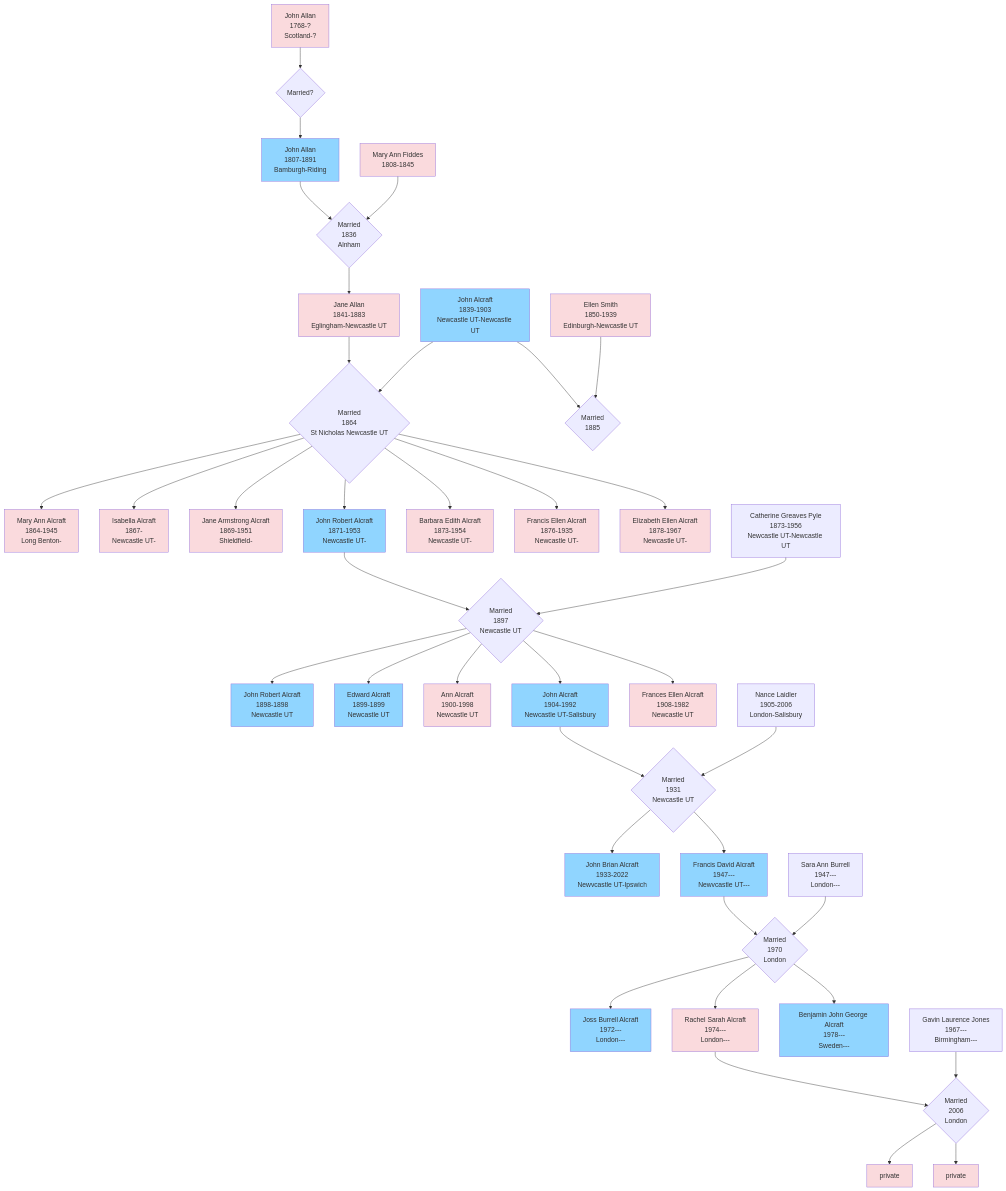
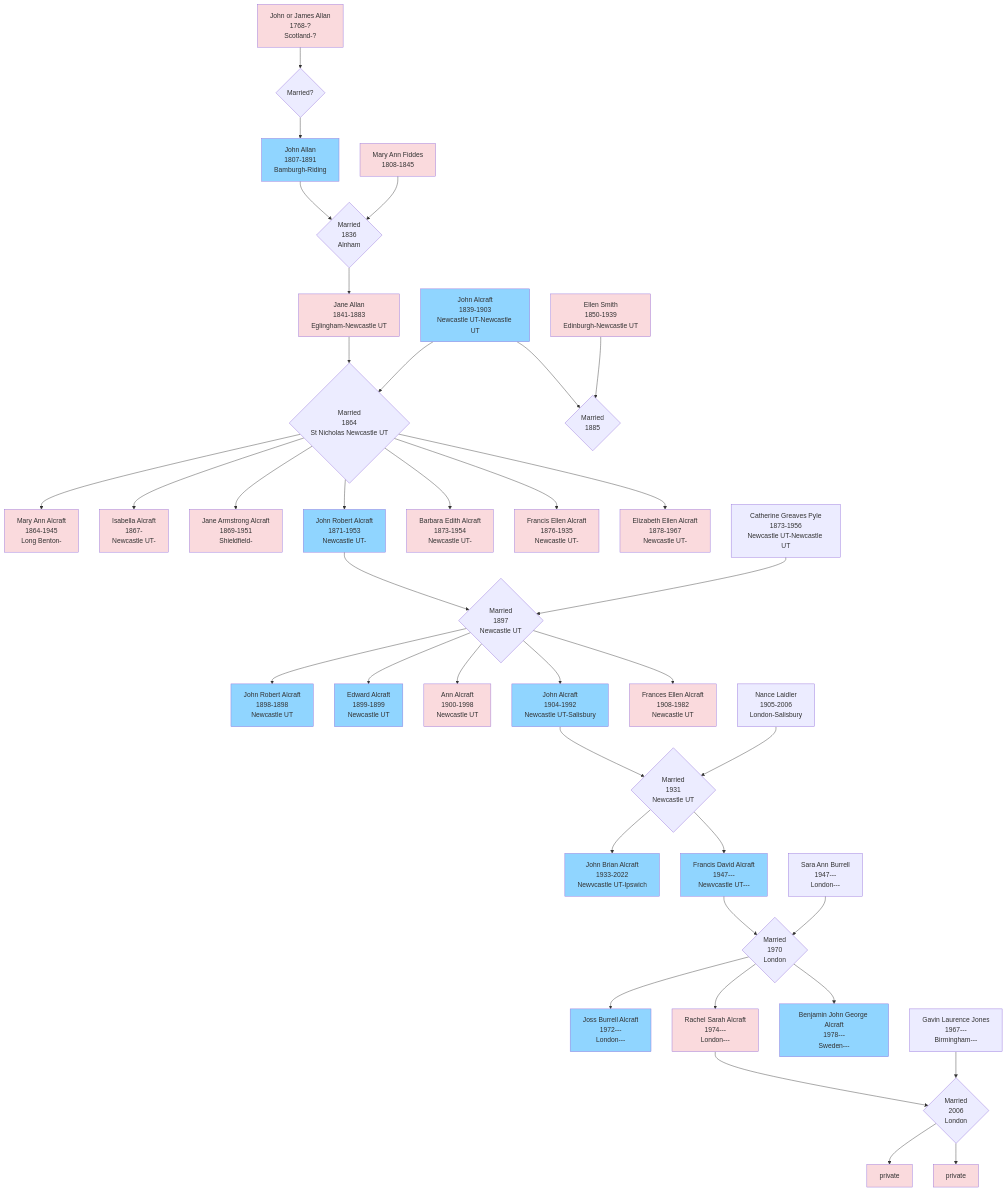
One commit to RachelAlcraft/family-tree changed the diagram in docs/index.md. Above: the diagram before and after it, drawn with Mermaid.

````diff
--- a/docs/index.md
+++ b/docs/index.md
@@ -6,6 +6,6 @@
 ``` mermaid
 flowchart TD  
-JA00[John Allan\n1768-?\nScotland-?]
+JA00[John or James Allan\n1768-?\nScotland-?]
 style JA00 fill:#FADADD;
 click JA00 "https://www.wikitree.com/wiki/Allan-4870" "JA00";
 JA00 --> JA00UKN{Married?};
````
